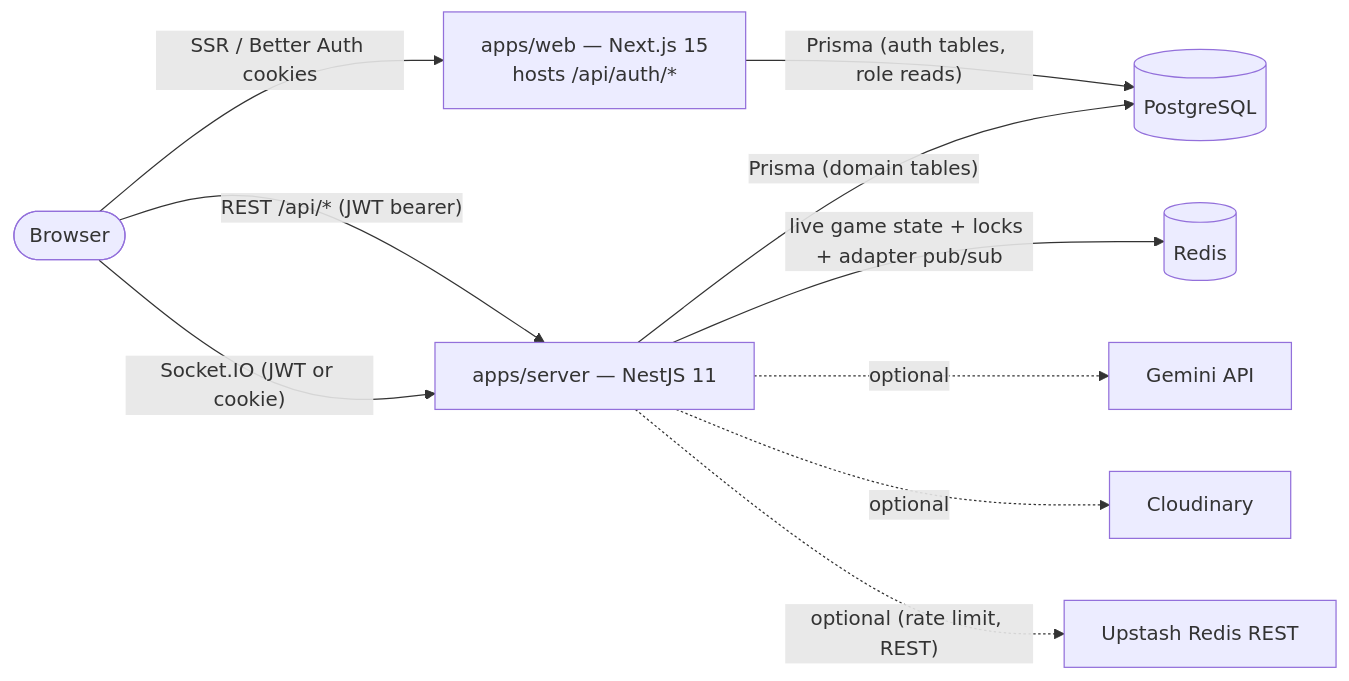
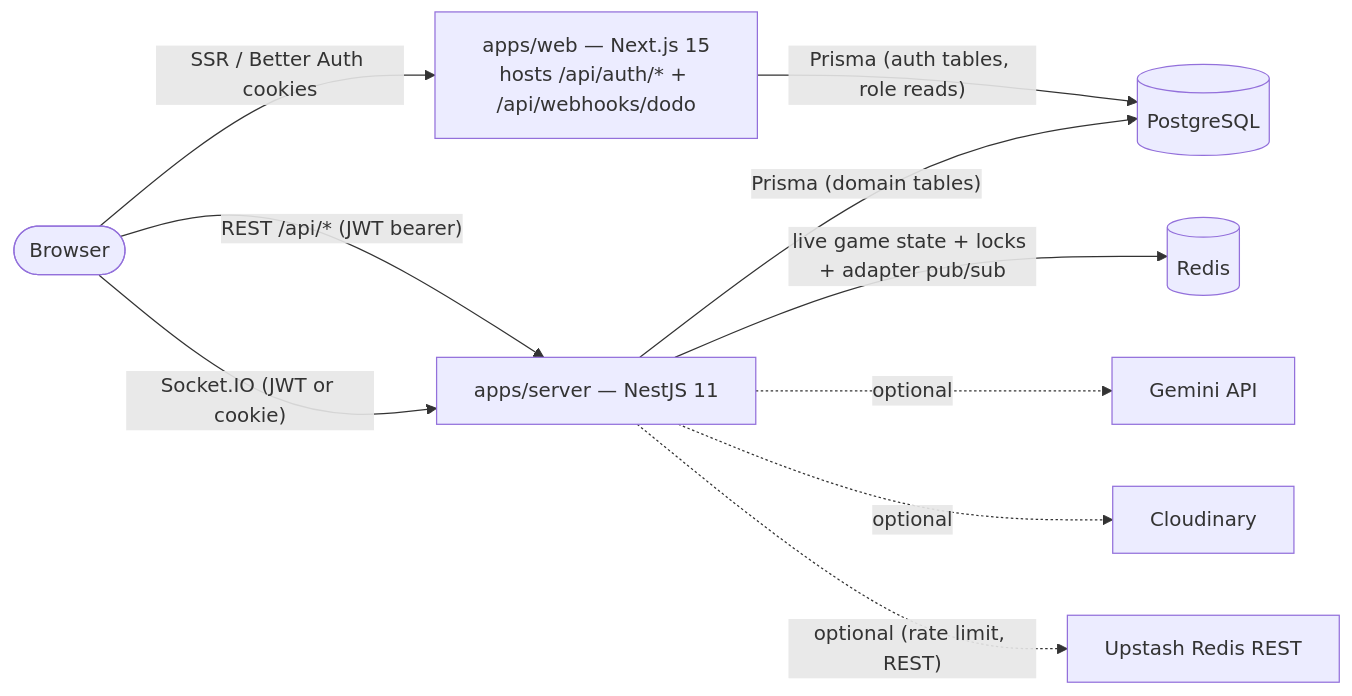
One commit to buzrr/buzrr changed the diagram in docs/architecture/overview.md. Above: the diagram before and after it, drawn with Mermaid. The commit also changed other lines of this file and 97 other files, not shown here.

````diff
--- a/docs/architecture/overview.md
+++ b/docs/architecture/overview.md
@@ -8,13 +8,13 @@
 ```mermaid
 flowchart LR
     B([Browser])
-    B -- "SSR / Better Auth cookies" --> W["apps/web — Next.js 15<br/>hosts /api/auth/*"]
+    B -- "SSR / Better Auth cookies" --> W["apps/web — Next.js 15<br/>hosts /api/auth/* + /api/webhooks/dodo"]
     B -- "REST /api/* (JWT bearer)" --> S["apps/server — NestJS 11"]
     B -- "Socket.IO (JWT or cookie)" --> S
     W -- "Prisma (auth tables, role reads)" --> PG[(PostgreSQL)]
     S -- "Prisma (domain tables)" --> PG
     S -- "live game state + locks + adapter pub/sub" --> R[(Redis)]
     S -. optional .-> GEM["Gemini API"]
     S -. optional .-> CLD["Cloudinary"]
     S -. "optional (rate limit, REST)" .-> UP["Upstash Redis REST"]
 ```
````
